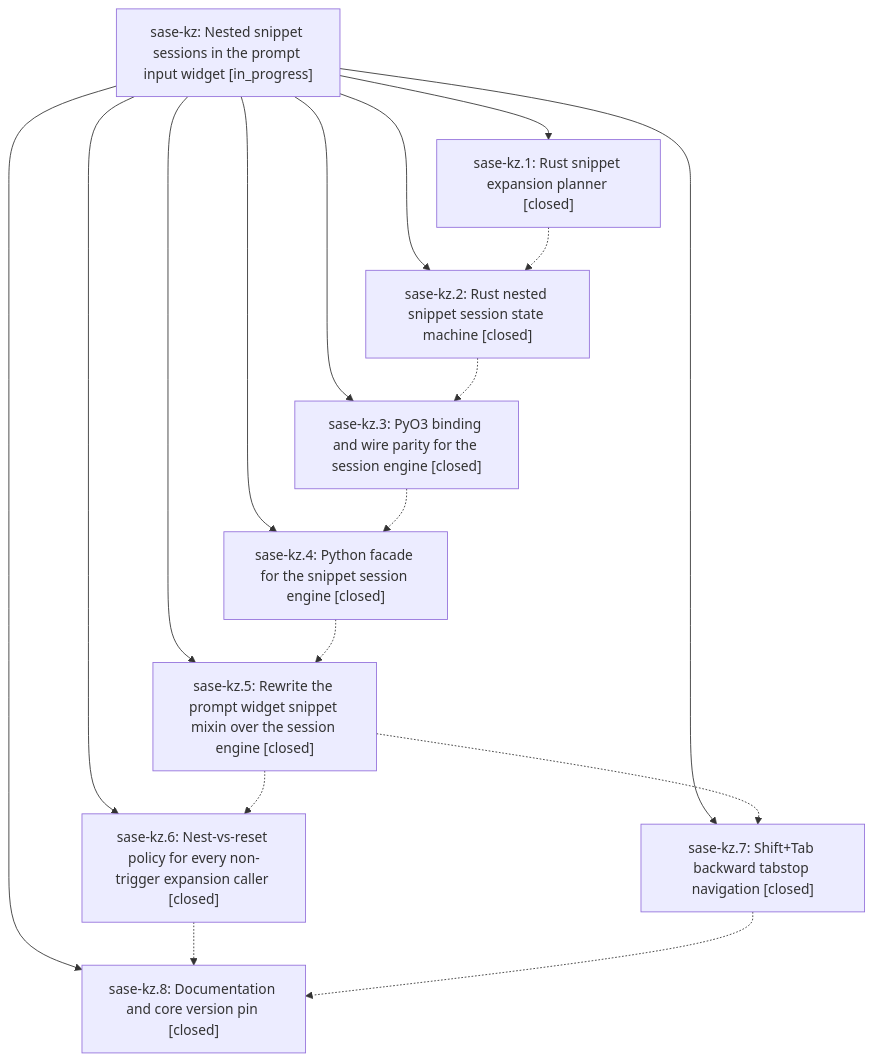
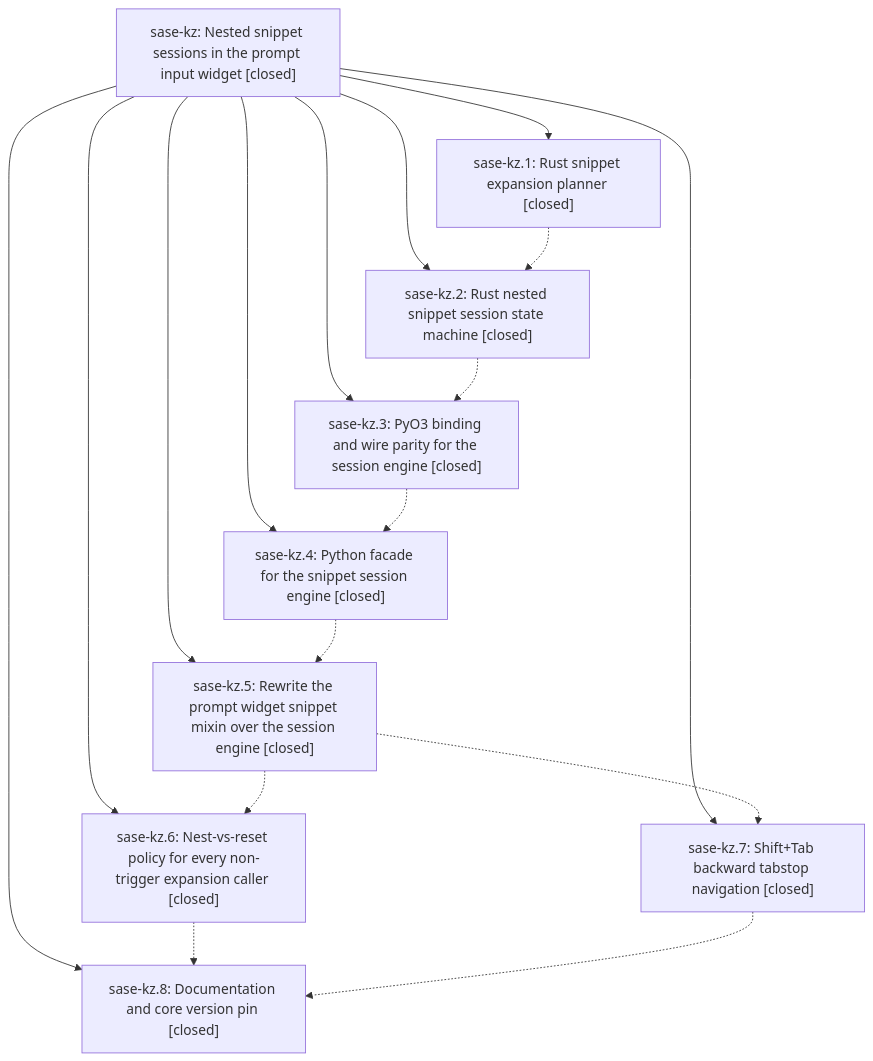
One commit to sase-org/sase--beads changed the diagram in pages/sase-kz/README.md. Above: the diagram before and after it, drawn with Mermaid. The commit also changed other lines of this file, not shown here.

First line of the commit message:
chore(beads): sync bead state and pages for sase-kz

````diff
--- a/pages/sase-kz/README.md
+++ b/pages/sase-kz/README.md
@@ -41,28 +55,28 @@
 ```mermaid
 flowchart TD
-    n0["sase-kz: Nested snippet sessions in the prompt input widget [in_progress]"]
+    n0["sase-kz: Nested snippet sessions in the prompt input widget [closed]"]
     n1["sase-kz.1: Rust snippet expansion planner [closed]"]
     n2["sase-kz.2: Rust nested snippet session state machine [closed]"]
     n3["sase-kz.3: PyO3 binding and wire parity for the session engine [closed]"]
     n4["sase-kz.4: Python facade for the snippet session engine [closed]"]
     n5["sase-kz.5: Rewrite the prompt widget snippet mixin over the session engine [closed]"]
     n6["sase-kz.6: Nest-vs-reset policy for every non-trigger expansion caller [closed]"]
     n7["sase-kz.7: Shift+Tab backward tabstop navigation [closed]"]
     n8["sase-kz.8: Documentation and core version pin [closed]"]
     n0 --> n1
     n0 --> n2
     n0 --> n3
     n0 --> n4
     n0 --> n5
     n0 --> n6
     n0 --> n7
     n0 --> n8
     n1 -.-> n2
     n2 -.-> n3
     n3 -.-> n4
     n4 -.-> n5
     n5 -.-> n6
     n5 -.-> n7
     n6 -.-> n8
     n7 -.-> n8
 ```
````
